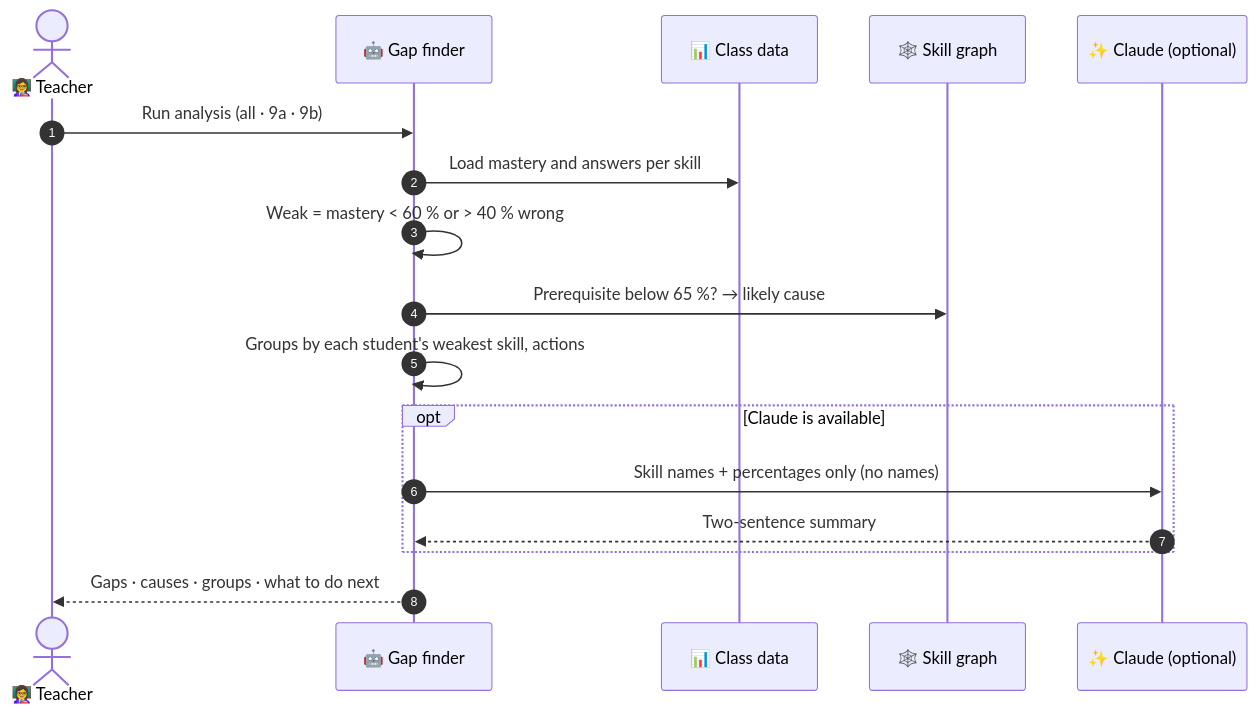
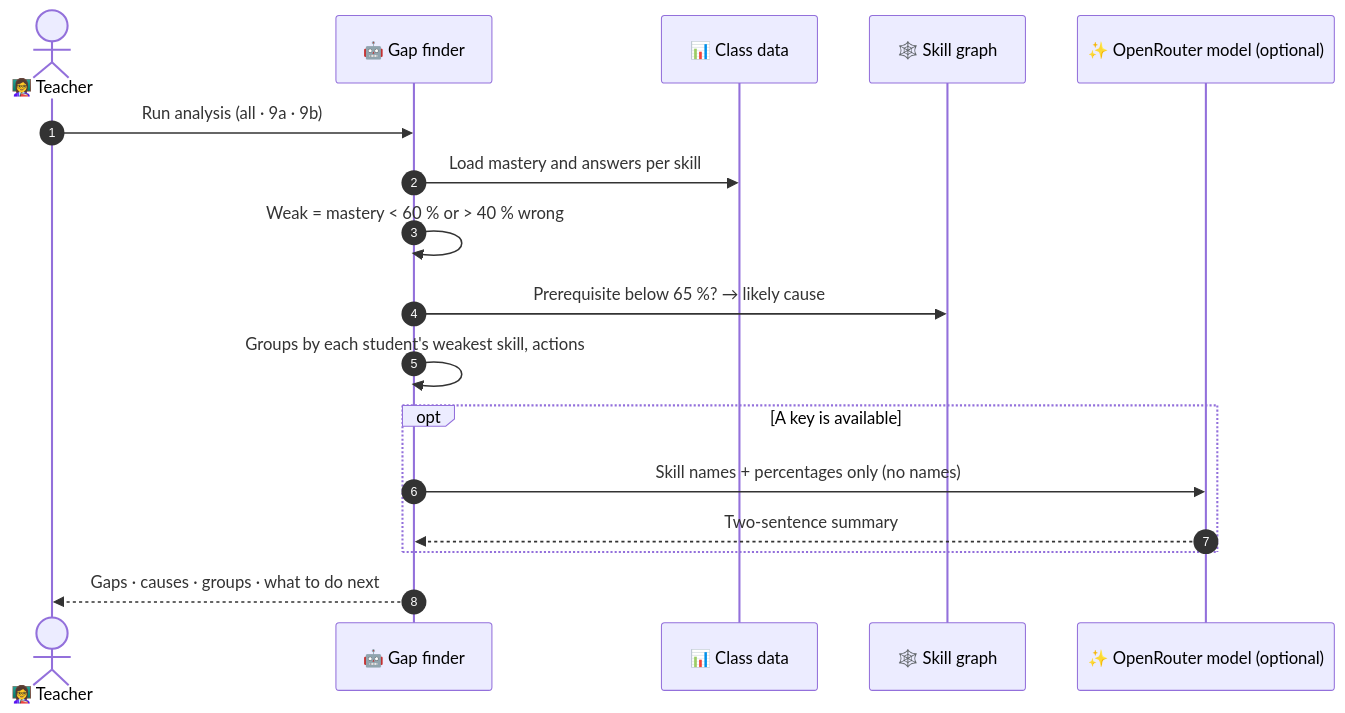
The fourth of 6 diagrams in docs/technical-flow.md (RezaurRahman47/SchoolHack), drawn with Mermaid before and after one commit. The commit also changed other lines of this file and 11 other files, not shown here.

First line of the commit message:
refactor(chat): always call the OpenRouter model first, drop Claude

````diff
--- a/docs/technical-flow.md
+++ b/docs/technical-flow.md
@@ -126,20 +126,20 @@
 ```mermaid
 sequenceDiagram
     autonumber
     actor T as 👩‍🏫 Teacher
     participant A as 🤖 Gap finder
     participant K as 📊 Class data
     participant SG as 🕸️ Skill graph
-    participant C as ✨ Claude (optional)
+    participant C as ✨ OpenRouter model (optional)
 
     T->>A: Run analysis (all · 9a · 9b)
     A->>K: Load mastery and answers per skill
     A->>A: Weak = mastery < 60 % or > 40 % wrong
     A->>SG: Prerequisite below 65 %? → likely cause
     A->>A: Groups by each student's weakest skill, actions
-    opt Claude is available
+    opt A key is available
         A->>C: Skill names + percentages only (no names)
         C-->>A: Two-sentence summary
     end
     A-->>T: Gaps · causes · groups · what to do next
 ```
````
